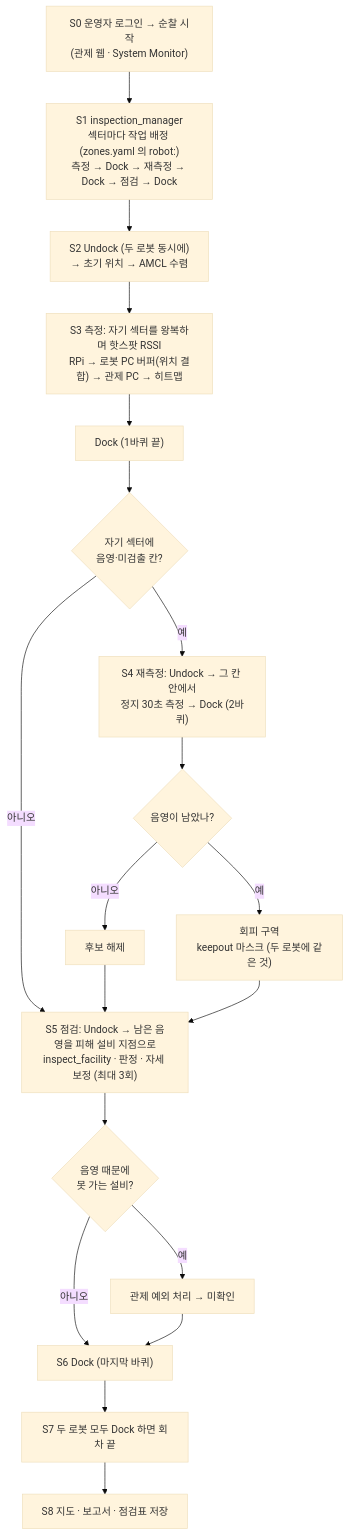
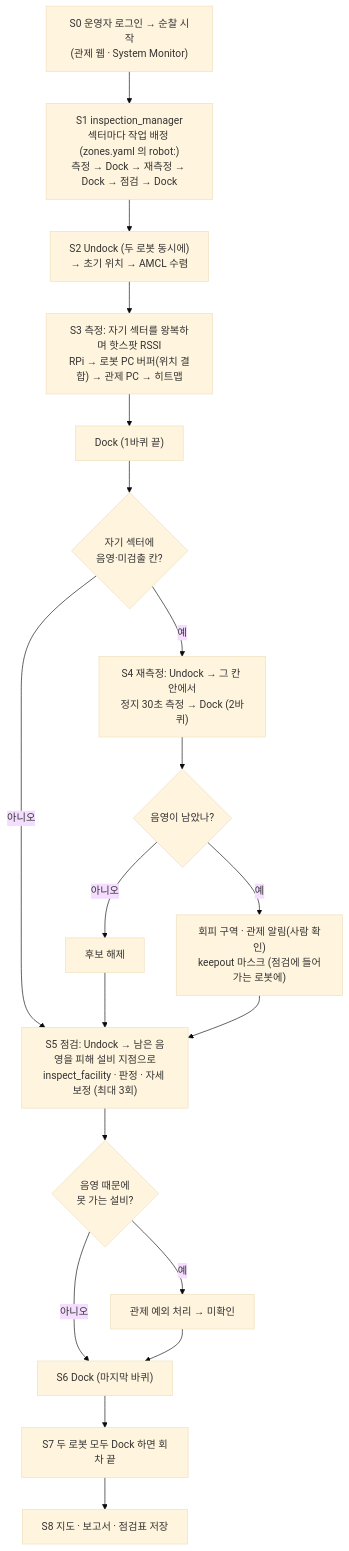
Before and after one commit to HJAE99/B_0102_Final_Project-archive: the first of 4 diagrams in docs/deliverables/process_flow.md, drawn with Mermaid (base theme). The commit also changed other lines of this file and 11 other files, not shown here.

First line of the commit message:
docs: 두 로봇은 서로 기다리지 않음 · keepout 마스크는 시작부터 빈 것, 로봇마다 점검 단계에 · 남은 음영은 관제 알림 · 지도 벽 조각·설비 좌표 위험 · 다이어그램 문장

````diff
--- a/docs/deliverables/process_flow.md
+++ b/docs/deliverables/process_flow.md
@@ -20,21 +20,21 @@
 ```mermaid
 flowchart TD
   S0["S0 운영자 로그인 → 순찰 시작<br>(관제 웹 · System Monitor)"] --> S1["S1 inspection_manager<br>섹터마다 작업 배정 (zones.yaml 의 robot:)<br>측정 → Dock → 재측정 → Dock → 점검 → Dock"]
   S1 --> S2["S2 Undock (두 로봇 동시에)<br>→ 초기 위치 → AMCL 수렴"]
   S2 --> S3["S3 측정: 자기 섹터를 왕복하며 핫스팟 RSSI<br>RPi → 로봇 PC 버퍼(위치 결합) → 관제 PC → 히트맵"]
   S3 --> D1["Dock (1바퀴 끝)"]
   D1 --> Q1{"자기 섹터에<br>음영·미검출 칸?"}
   Q1 -- 예 --> S4["S4 재측정: Undock → 그 칸 안에서<br>정지 30초 측정 → Dock (2바퀴)"]
   Q1 -- 아니오 --> S5
   S4 --> Q2{"음영이 남았나?"}
   Q2 -- 아니오 --> R1["후보 해제"]
-  Q2 -- 예 --> M1["회피 구역<br>keepout 마스크 (두 로봇에 같은 것)"]
+  Q2 -- 예 --> M1["회피 구역 · 관제 알림(사람 확인)<br>keepout 마스크 (점검에 들어가는 로봇에)"]
   R1 --> S5
   M1 --> S5["S5 점검: Undock → 남은 음영을 피해 설비 지점으로<br>inspect_facility · 판정 · 자세 보정 (최대 3회)"]
   S5 --> Q3{"음영 때문에<br>못 가는 설비?"}
   Q3 -- 예 --> E1["관제 예외 처리 → 미확인"]
   Q3 -- 아니오 --> S6
   E1 --> S6["S6 Dock (마지막 바퀴)"]
   S6 --> S7["S7 두 로봇 모두 Dock 하면 회차 끝"]
   S7 --> S8["S8 지도 · 보고서 · 점검표 저장"]
 ```
````
